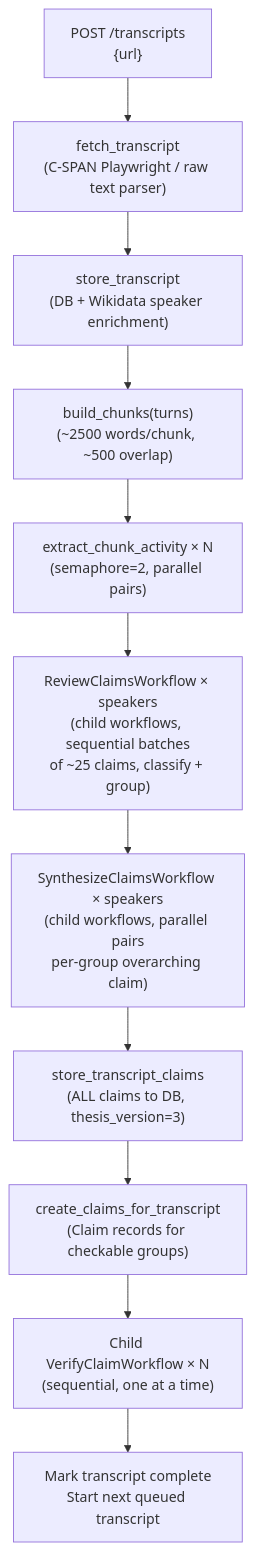
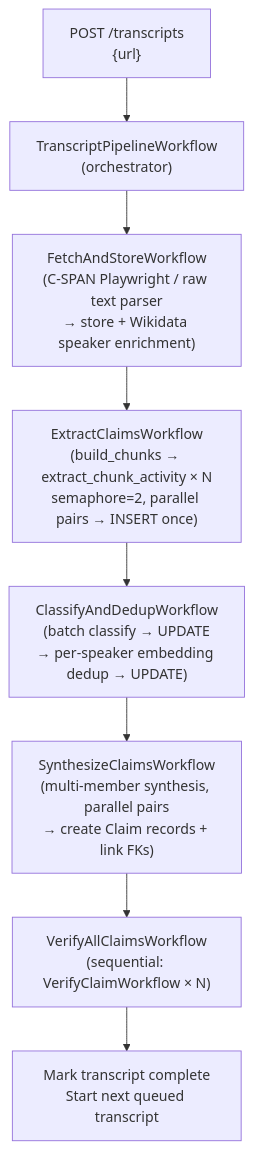
One commit to vedantadhobley/spin-cycle changed the fifth of 8 diagrams in ARCHITECTURE.md. Above: the diagram before and after it, drawn with Mermaid. The commit also changed other lines of this file and 2 other files, not shown here.

First line of the commit message:
docs: update architecture for workflow split, archive rubric plan

````diff
--- a/ARCHITECTURE.md
+++ b/ARCHITECTURE.md
@@ -583,18 +583,16 @@
 ```mermaid
 flowchart TD
-    URL["POST /transcripts\n{url}"] --> FETCH["fetch_transcript\n(C-SPAN Playwright / raw text parser)"]
-    FETCH --> STORE["store_transcript\n(DB + Wikidata speaker enrichment)"]
+    URL["POST /transcripts\n{url}"] --> PIPE["TranscriptPipelineWorkflow\n(orchestrator)"]
 
-    STORE --> CHUNK["build_chunks(turns)\n(~2500 words/chunk, ~500 overlap)"]
+    PIPE --> FETCH["FetchAndStoreWorkflow\n(C-SPAN Playwright / raw text parser\n→ store + Wikidata speaker enrichment)"]
 
-    CHUNK --> EXTRACT["extract_chunk_activity × N\n(semaphore=2, parallel pairs)"]
+    FETCH --> EXTRACT["ExtractClaimsWorkflow\n(build_chunks → extract_chunk_activity × N\nsemaphore=2, parallel pairs → INSERT once)"]
 
-    EXTRACT --> REVIEW["ReviewClaimsWorkflow × speakers\n(child workflows, sequential batches\nof ~25 claims, classify + group)"]
+    EXTRACT --> CLASSIFY["ClassifyAndDedupWorkflow\n(batch classify → UPDATE\n→ per-speaker embedding dedup → UPDATE)"]
 
-    REVIEW --> SYNTH["SynthesizeClaimsWorkflow × speakers\n(child workflows, parallel pairs\nper-group overarching claim)"]
+    CLASSIFY --> SYNTH["SynthesizeClaimsWorkflow\n(multi-member synthesis, parallel pairs\n→ create Claim records + link FKs)"]
 
-    SYNTH --> STCL["store_transcript_claims\n(ALL claims to DB, thesis_version=3)"]
-    STCL --> CREATE["create_claims_for_transcript\n(Claim records for checkable groups)"]
-    CREATE --> VERIFY["Child VerifyClaimWorkflow × N\n(sequential, one at a time)"]
+    SYNTH --> VERIFY["VerifyAllClaimsWorkflow\n(sequential: VerifyClaimWorkflow × N)"]
+
     VERIFY --> DONE["Mark transcript complete\nStart next queued transcript"]
 ```
````
